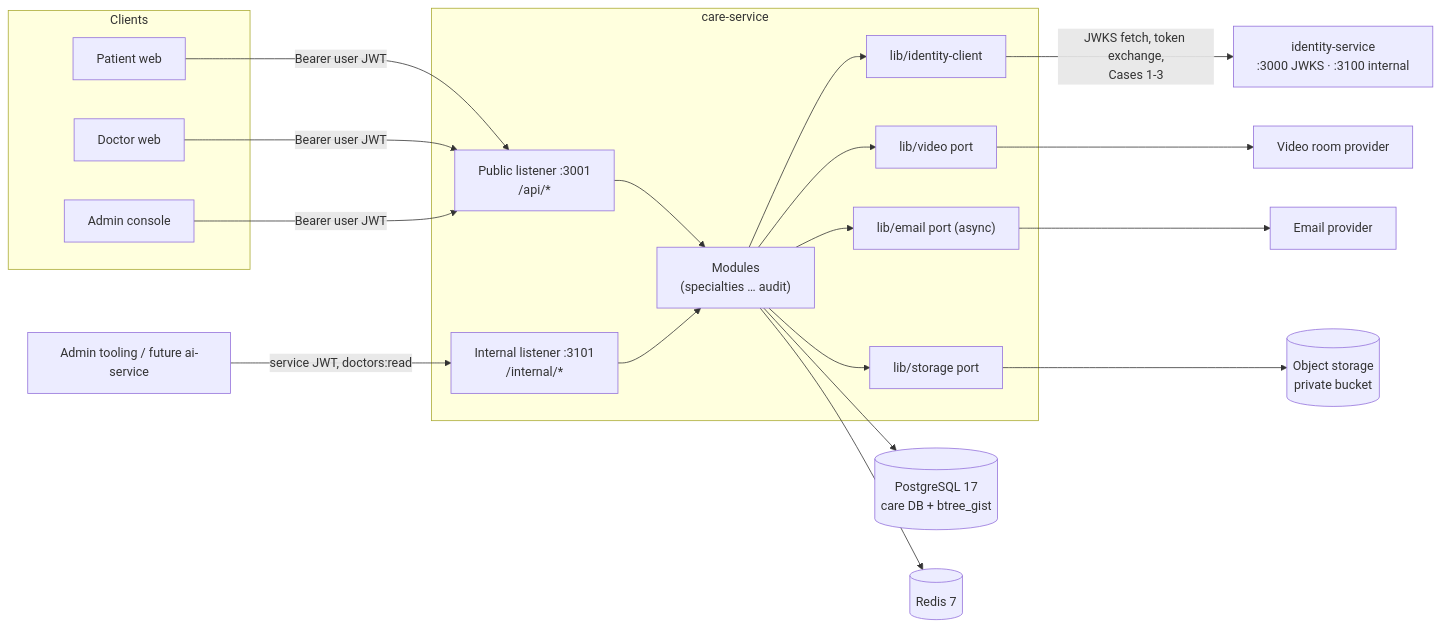
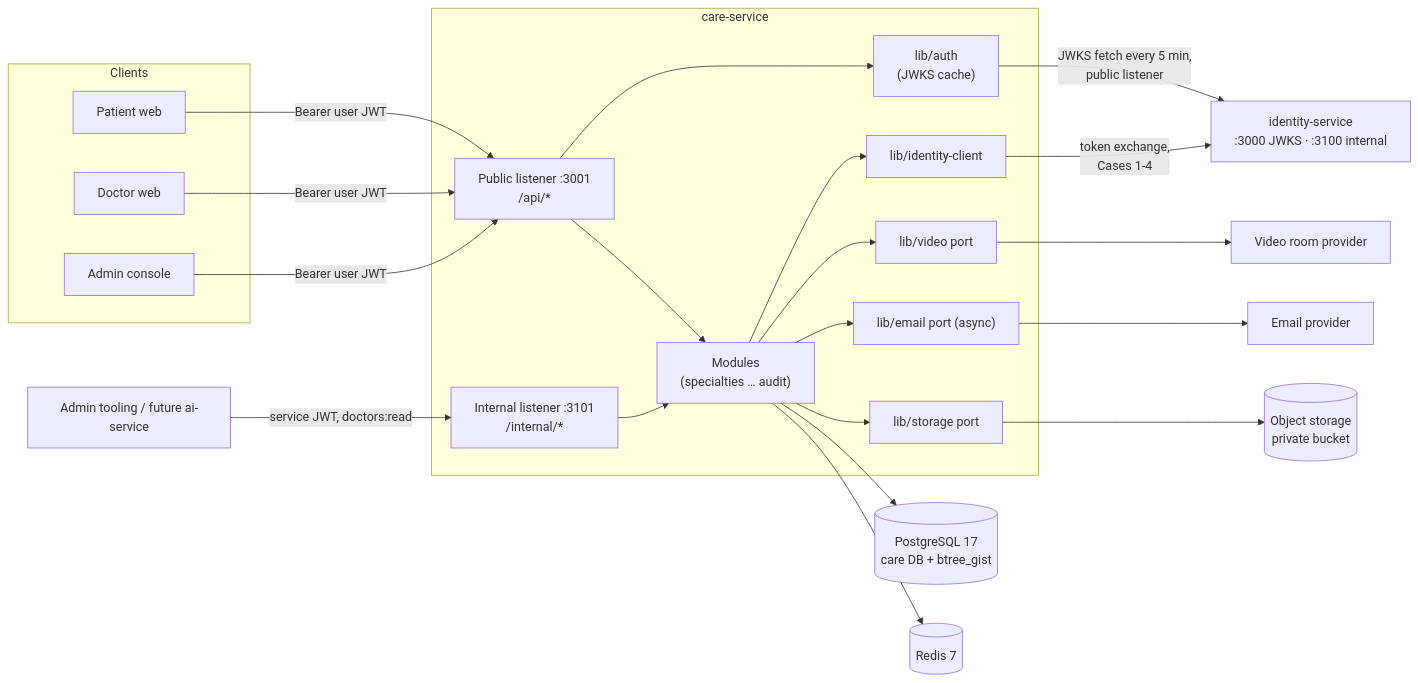
The first of 2 diagrams in docs/architecture/overview.md (OmarRedaX/vcare-care-api), drawn with Mermaid before and after one commit. The commit also changed other lines of this file and 89 other files, not shown here.

````diff
--- a/docs/architecture/overview.md
+++ b/docs/architecture/overview.md
@@ -22,39 +22,42 @@
 ```mermaid
 flowchart LR
     subgraph clients[Clients]
         P[Patient web]
         D[Doctor web]
         A[Admin console]
     end
     subgraph care[care-service]
         PUB["Public listener :3001<br/>/api/*"]
         INT["Internal listener :3101<br/>/internal/*"]
         CORE["Modules<br/>(specialties … audit)"]
+        AUTH["lib/auth<br/>(JWKS cache)"]
         IC["lib/identity-client"]
         VID["lib/video port"]
         MAIL["lib/email port (async)"]
         STO["lib/storage port"]
     end
     PG[("PostgreSQL 17<br/>care DB + btree_gist")]
     R[("Redis 7")]
     OBJ[("Object storage<br/>private bucket")]
     IDP["identity-service<br/>:3000 JWKS · :3100 internal"]
     VP["Video room provider"]
     EP["Email provider"]
     TOOL["Admin tooling / future ai-service"]
 
     P & D & A -->|Bearer user JWT| PUB
     TOOL -->|service JWT, doctors:read| INT
     PUB --> CORE
     INT --> CORE
     CORE --> PG
     CORE --> R
     CORE --> IC
+    PUB --> AUTH
+    AUTH -->|JWKS fetch every 5 min,<br/>public listener| IDP
     CORE --> VID
     CORE --> MAIL
     CORE --> STO
-    IC -->|JWKS fetch, token exchange,<br/>Cases 1-3| IDP
+    IC -->|token exchange,<br/>Cases 1-4| IDP
     VID --> VP
     MAIL --> EP
     STO --> OBJ
 ```
````
